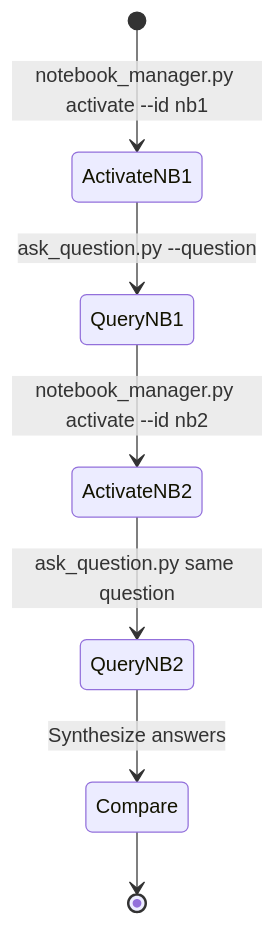
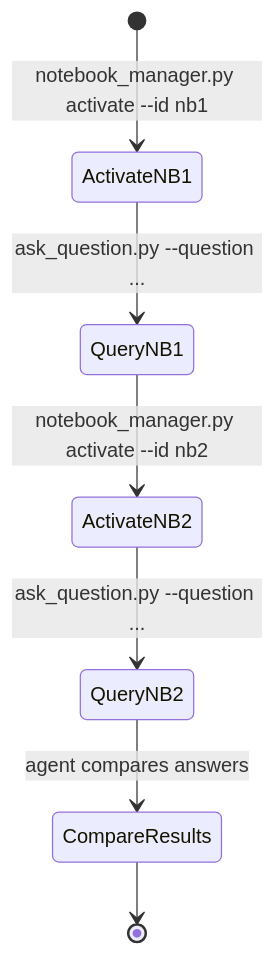
Before and after one commit to khengyun/notebooklm-experts-skill: the fifth of 11 diagrams in references/usage_patterns.md, drawn with Mermaid. The commit also changed other lines of this file and 23 other files, not shown here.

````diff
--- a/references/usage_patterns.md
+++ b/references/usage_patterns.md
@@ -123,9 +102,9 @@
 ```mermaid
 stateDiagram-v2
     [*] --> ActivateNB1: notebook_manager.py activate --id nb1
-    ActivateNB1 --> QueryNB1: ask_question.py --question
+    ActivateNB1 --> QueryNB1: ask_question.py --question ...
     QueryNB1 --> ActivateNB2: notebook_manager.py activate --id nb2
-    ActivateNB2 --> QueryNB2: ask_question.py same question
-    QueryNB2 --> Compare: Synthesize answers
-    Compare --> [*]
+    ActivateNB2 --> QueryNB2: ask_question.py --question ...
+    QueryNB2 --> CompareResults: agent compares answers
+    CompareResults --> [*]
 ```
````
